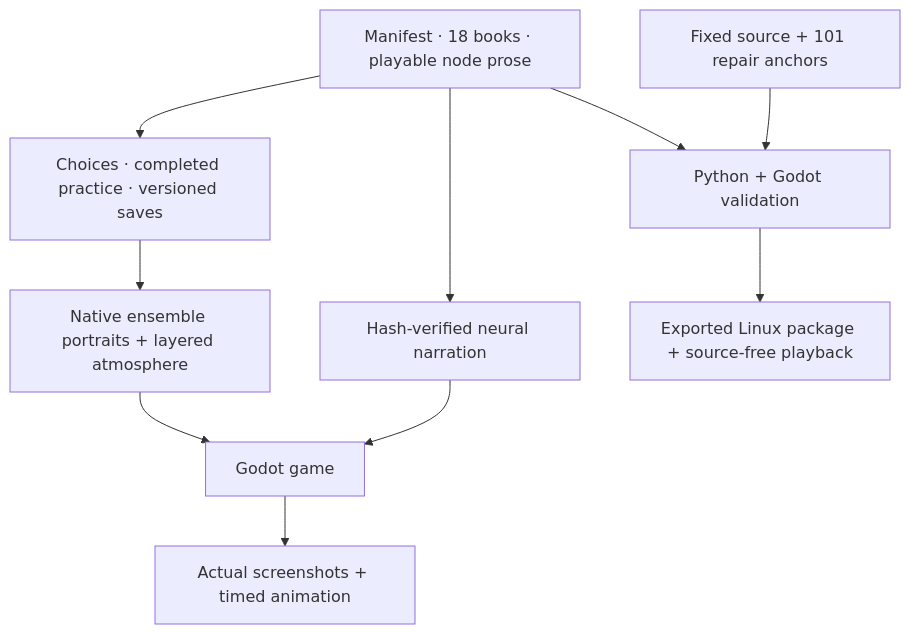
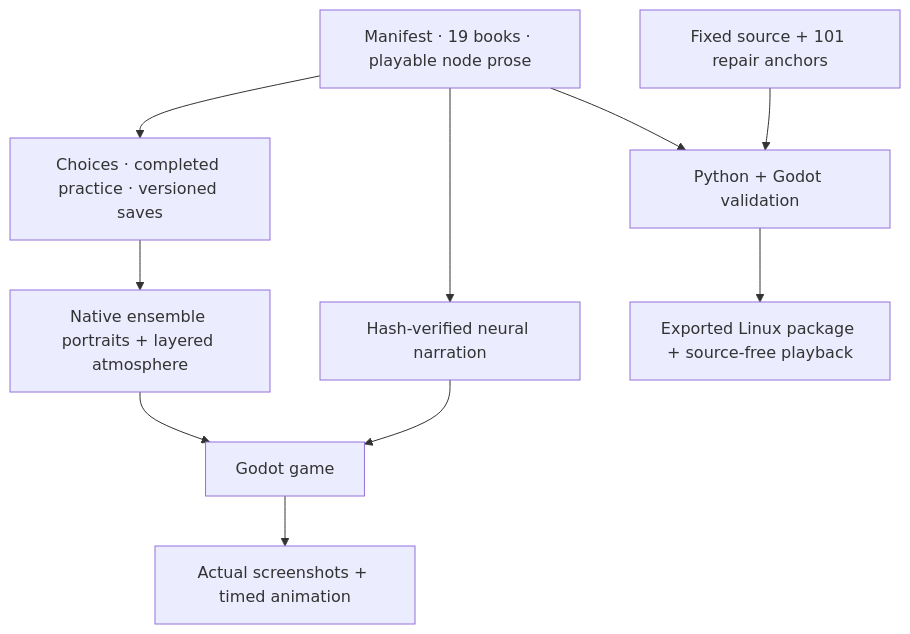
The fifth of 5 diagrams in README.md (jgyy/octxian), drawn with Mermaid before and after one commit. The commit also changed other lines of this file and 15 other files, not shown here.

````diff
--- a/README.md
+++ b/README.md
@@ -164,12 +190,12 @@
 ```mermaid
 flowchart TD
-  Books["Manifest · 18 books · playable node prose"] --> State["Choices · completed practice · versioned saves"]
+  Books["Manifest · 19 books · playable node prose"] --> State["Choices · completed practice · versioned saves"]
   State --> Stage["Native ensemble portraits + layered atmosphere"]
   Books --> Voice["Hash-verified neural narration"]
   Voice --> Game["Godot game"]
   Stage --> Game
   Source["Fixed source + 101 repair anchors"] --> Checks["Python + Godot validation"]
   Books --> Checks
   Game --> Capture["Actual screenshots + timed animation"]
   Checks --> Package["Exported Linux package + source-free playback"]
 ```
````
